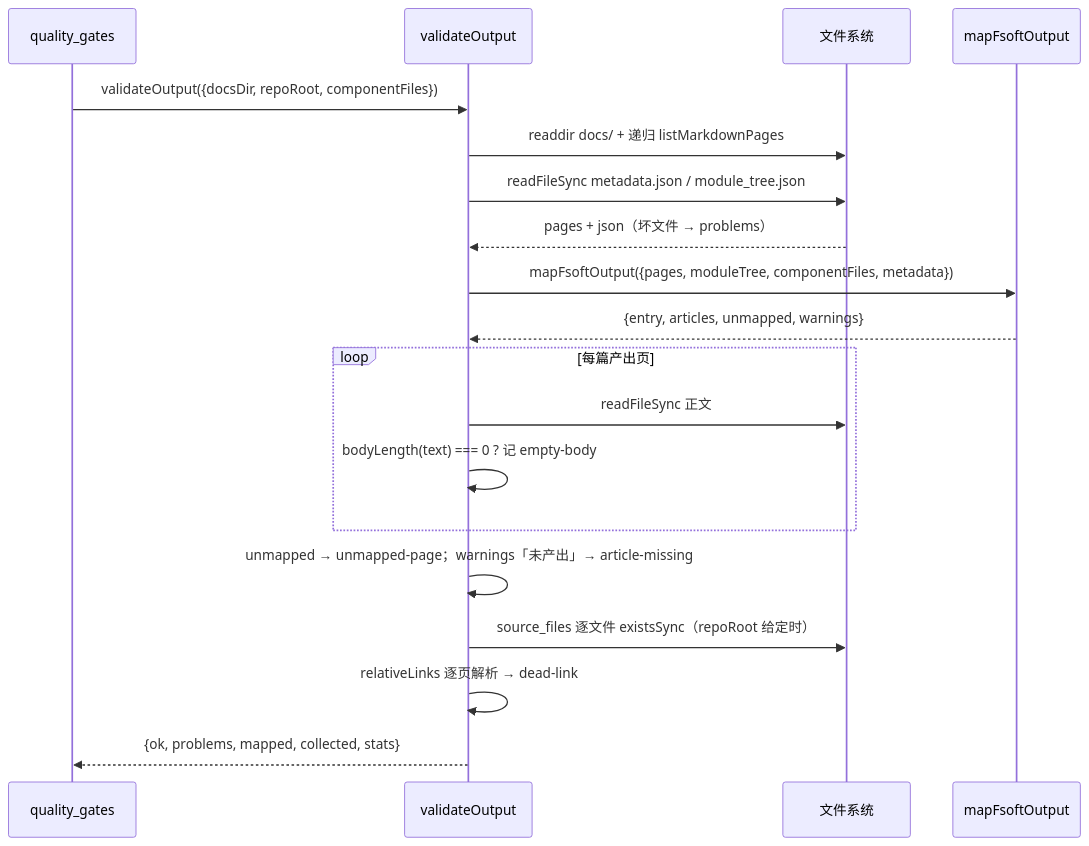
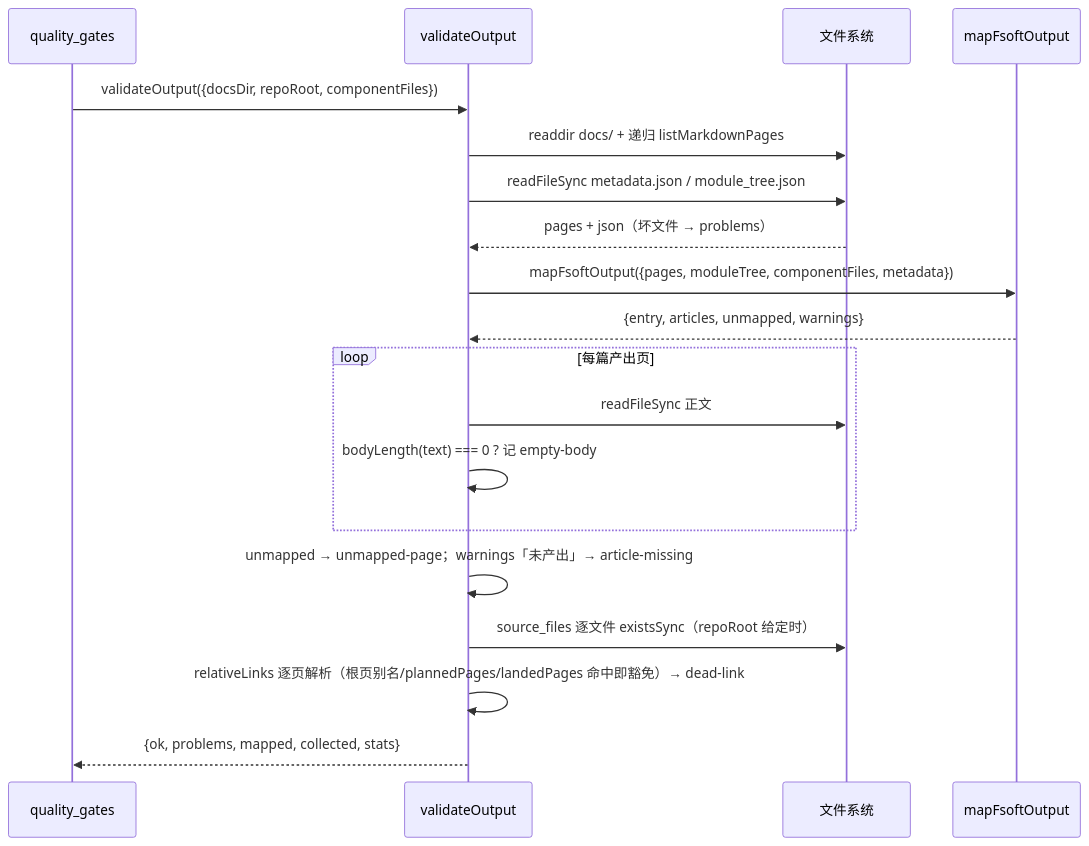
The fifth of 5 diagrams in .codewiki/modules/engine-output-processing.md (ikliml666/dsh-codewiki), drawn with Mermaid before and after one commit. The commit also changed other lines of this file and 15 other files, not shown here.

````diff
--- a/.codewiki/modules/engine-output-processing.md
+++ b/.codewiki/modules/engine-output-processing.md
@@ -175,22 +175,22 @@
 ```mermaid
 sequenceDiagram
     participant G as quality_gates
     participant V as validateOutput
     participant F as 文件系统
     participant M as mapFsoftOutput
 
     G->>V: validateOutput({docsDir, repoRoot, componentFiles})
     V->>F: readdir docs/ + 递归 listMarkdownPages
     V->>F: readFileSync metadata.json / module_tree.json
     F-->>V: pages + json（坏文件 → problems）
     V->>M: mapFsoftOutput({pages, moduleTree, componentFiles, metadata})
     M-->>V: {entry, articles, unmapped, warnings}
     loop 每篇产出页
         V->>F: readFileSync 正文
         V->>V: bodyLength(text) === 0 ? 记 empty-body
     end
     V->>V: unmapped → unmapped-page；warnings「未产出」→ article-missing
     V->>F: source_files 逐文件 existsSync（repoRoot 给定时）
-    V->>V: relativeLinks 逐页解析 → dead-link
+    V->>V: relativeLinks 逐页解析（根页别名/plannedPages/landedPages 命中即豁免）→ dead-link
     V-->>G: {ok, problems, mapped, collected, stats}
 ```
````
